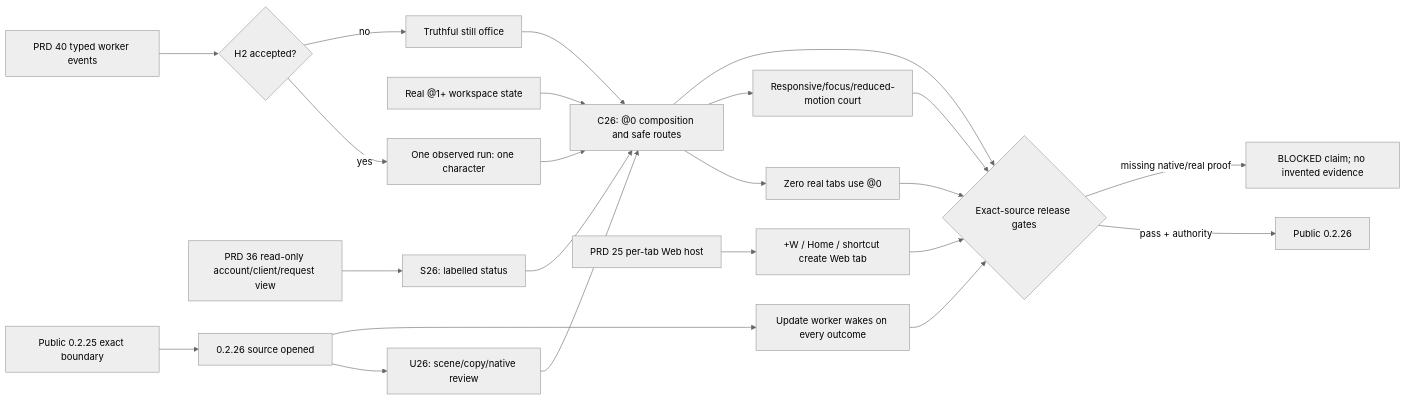
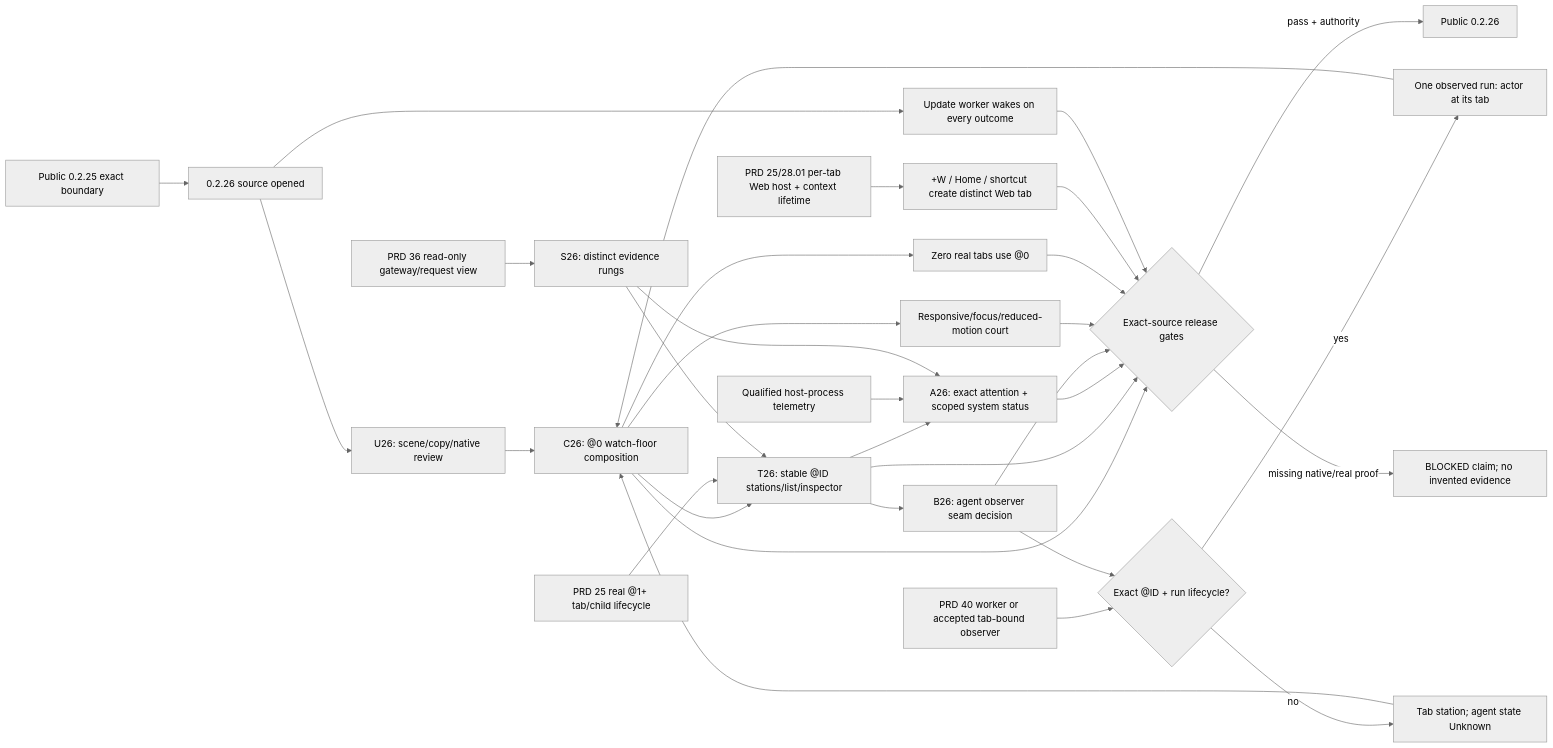
One commit to partnernetsoftware/minicon changed the diagram in plan/plan-v0.2.26.md. Above: the diagram before and after it, drawn with Mermaid (neutral theme). The commit also changed other lines of this file and 1 other file, not shown here.

Commit message:
Design tab-agent watch floor for 0.2.26

````diff
--- a/plan/plan-v0.2.26.md
+++ b/plan/plan-v0.2.26.md
@@ -86,20 +103,25 @@
 ```mermaid
 flowchart LR
     P25["Public 0.2.25 exact boundary"] --> V26["0.2.26 source opened"]
     V26 --> UX["U26: scene/copy/native review"]
-    UX --> HOME["C26: @0 composition and safe routes"]
+    UX --> HOME["C26: @0 watch-floor composition"]
+    HOME --> FLEET["T26: stable @ID stations/list/inspector"]
+    FLEET --> ATT["A26: exact attention + scoped system status"]
     HOME --> Z26["Zero real tabs use @0"]
-    WEB["PRD 25 per-tab Web host"] --> W26["+W / Home / shortcut create Web tab"]
+    WEB["PRD 25/28.01 per-tab Web host + context lifetime"] --> W26["+W / Home / shortcut create distinct Web tab"]
     V26 --> F26["Update worker wakes on every outcome"]
-    WORK["Real @1+ workspace state"] --> HOME
-    VIEW["PRD 36 read-only account/client/request view"] --> S26["S26: labelled status"]
-    S26 --> HOME
+    WORK["PRD 25 real @1+ tab/child lifecycle"] --> FLEET
+    VIEW["PRD 36 read-only gateway/request view"] --> S26["S26: distinct evidence rungs"]
+    TELE["Qualified host-process telemetry"] --> ATT
+    S26 --> ATT & FLEET
     HOME --> R26["Responsive/focus/reduced-motion court"]
-    APP["PRD 40 typed worker events"] --> H2{H2 accepted?}
-    H2 -->|yes| ACTOR["One observed run: one character"]
-    H2 -->|no| STILL["Truthful still office"]
+    APP["PRD 40 worker or accepted tab-bound observer"] --> H2{Exact @ID + run lifecycle?}
+    FLEET --> B26["B26: agent observer seam decision"]
+    B26 --> H2
+    H2 -->|yes| ACTOR["One observed run: actor at its tab"]
+    H2 -->|no| STILL["Tab station; agent state Unknown"]
     ACTOR & STILL --> HOME
-    HOME & R26 & Z26 & W26 & F26 --> Q26{Exact-source release gates}
+    HOME & FLEET & ATT & B26 & R26 & Z26 & W26 & F26 --> Q26{Exact-source release gates}
     Q26 -->|pass + authority| PUB["Public 0.2.26"]
     Q26 -->|missing native/real proof| BLOCK["BLOCKED claim; no invented evidence"]
 ```
````
